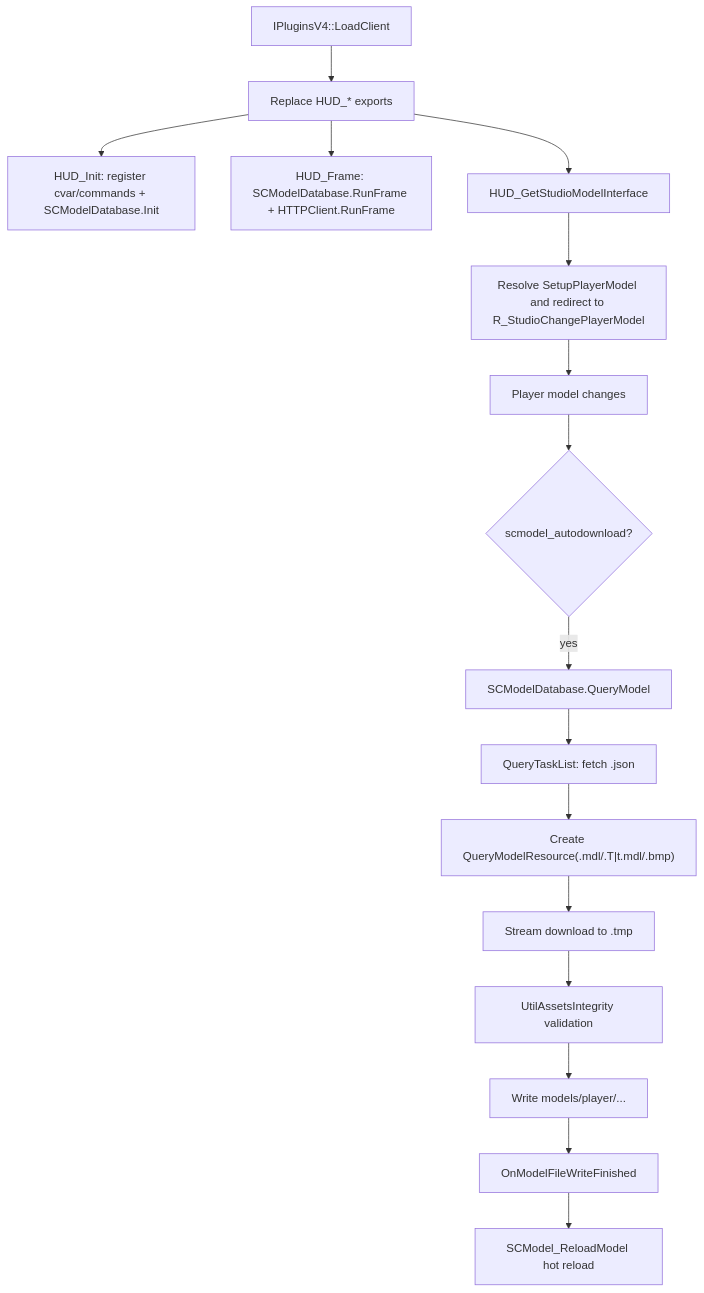
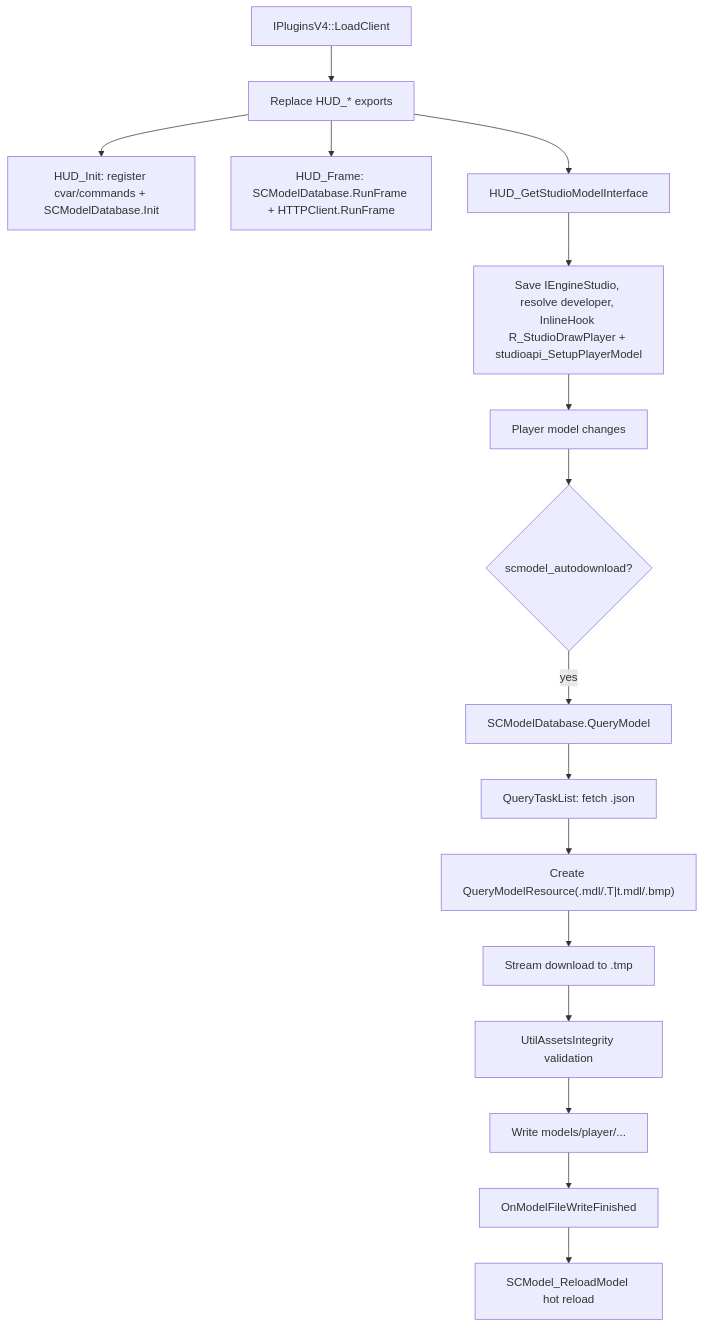
Before and after one commit to hzqst/MetaHookSv: the diagram in memory/SCModelDownloader.md, drawn with Mermaid. The commit also changed other lines of this file and 5 other files, not shown here.

````diff
--- a/memory/SCModelDownloader.md
+++ b/memory/SCModelDownloader.md
@@ -66,19 +66,19 @@
 ```mermaid
 flowchart TD
   A[IPluginsV4::LoadClient] --> B[Replace HUD_* exports]
   B --> C[HUD_Init: register cvar/commands + SCModelDatabase.Init]
   B --> D[HUD_Frame: SCModelDatabase.RunFrame + HTTPClient.RunFrame]
   B --> E[HUD_GetStudioModelInterface]
-  E --> F[Resolve SetupPlayerModel and redirect to R_StudioChangePlayerModel]
+  E --> F["Save IEngineStudio, resolve developer, InlineHook R_StudioDrawPlayer + studioapi_SetupPlayerModel"]
 
   F --> G[Player model changes]
   G --> H{scmodel_autodownload?}
   H -- yes --> I[SCModelDatabase.QueryModel]
   I --> J[QueryTaskList: fetch <model>.json]
   J --> K["Create QueryModelResource(.mdl/.T|t.mdl/.bmp)"]
   K --> L[Stream download to .tmp]
   L --> M[UtilAssetsIntegrity validation]
   M --> N[Write models/player/...]
   N --> O[OnModelFileWriteFinished]
   O --> P[SCModel_ReloadModel hot reload]
 ```
````
